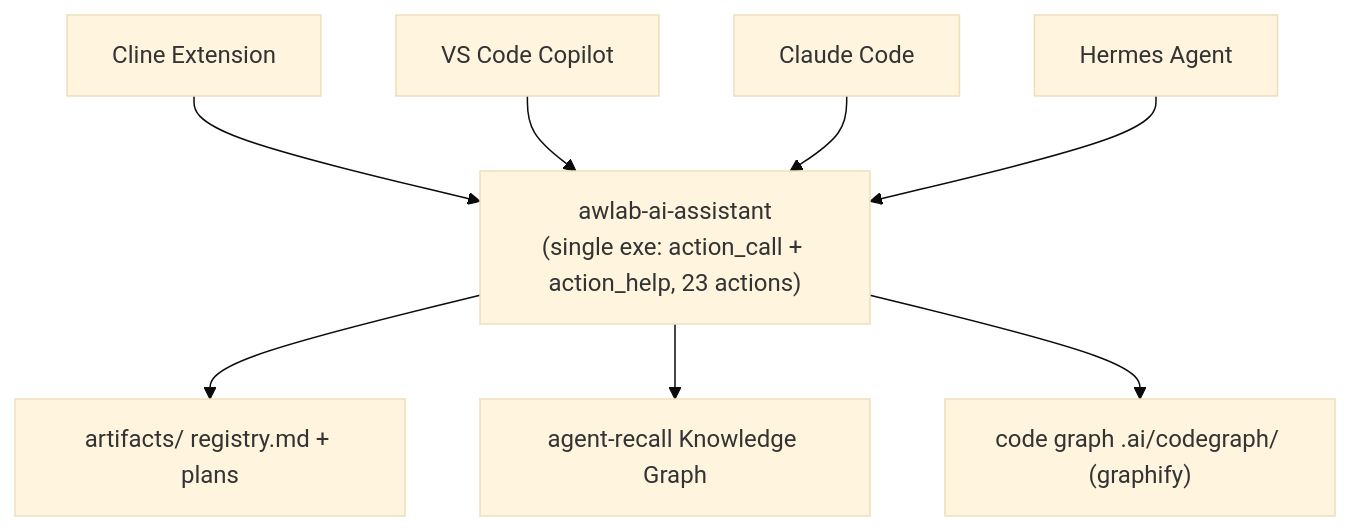
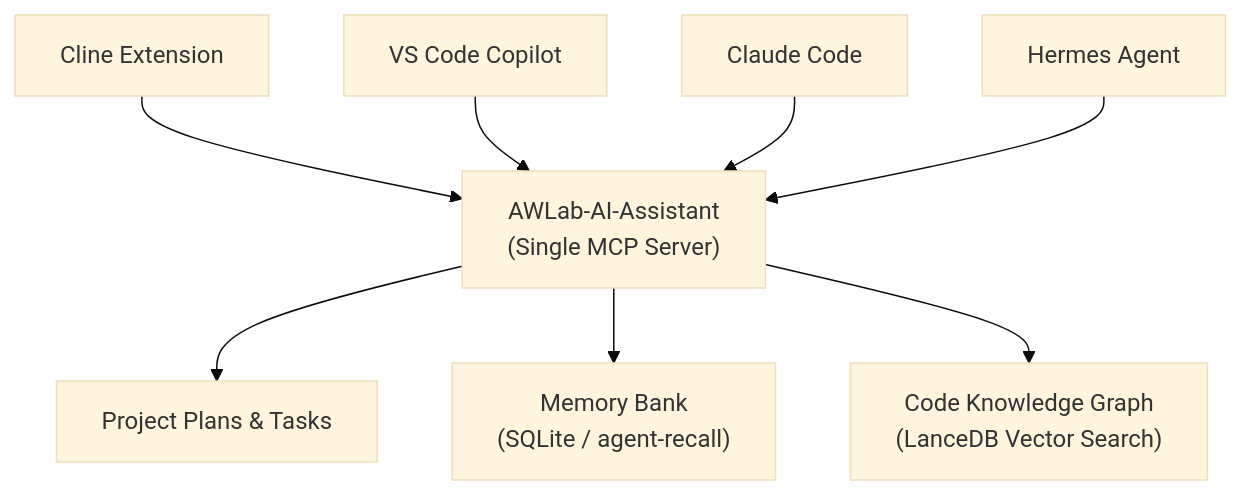
One commit to awsomplak/awlab-ai-assistant changed the first of 2 diagrams in README.md. Above: the diagram before and after it, drawn with Mermaid (base theme). The commit also changed other lines of this file and 27 other files, not shown here.

Commit message:
[ref] Core: Apply awlab-ai-assistant rebranding across documentation and configuration

````diff
--- a/README.md
+++ b/README.md
@@ -57,19 +62,19 @@
 ```mermaid
 graph TB
   CL["Cline Extension"]
   CP["VS Code Copilot"]
   CC["Claude Code"]
   HR["Hermes Agent"]
-  AM["awlab-ai-assistant<br/>(single exe: action_call + action_help, 23 actions)"]
-  ART["artifacts/ registry.md + plans"]
-  AG["agent-recall Knowledge Graph"]
-  CG["code graph .ai/codegraph/ (graphify)"]
+  AM["AWLab-AI-Assistant<br/>(Single MCP Server)"]
+  ART["Project Plans & Tasks"]
+  AG["Memory Bank<br/>(SQLite / agent-recall)"]
+  CG["Code Knowledge Graph<br/>(LanceDB Vector Search)"]
 
   CL --> AM
   CP --> AM
   CC --> AM
   HR --> AM
   AM --> ART
   AM --> AG
   AM --> CG
 ```
````
